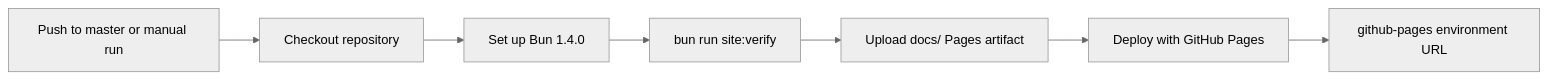
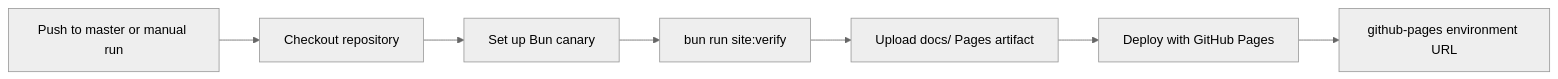
One commit to AungMyoKyaw/dhamma-echo changed the second of 2 diagrams in docs/architecture/product-site.md. Above: the diagram before and after it, drawn with Mermaid (neutral theme). The commit also changed 10 other files, not shown here.

Commit message:
fix: use Bun canary in release workflows

````diff
--- a/docs/architecture/product-site.md
+++ b/docs/architecture/product-site.md
@@ -32,9 +32,9 @@
 ```mermaid
 flowchart LR
     push[Push to master or manual run] --> checkout[Checkout repository]
-    checkout --> bun[Set up Bun 1.4.0]
+    checkout --> bun[Set up Bun canary]
     bun --> verify[bun run site:verify]
     verify --> artifact[Upload docs/ Pages artifact]
     artifact --> deploy[Deploy with GitHub Pages]
     deploy --> environment[github-pages environment URL]
 ```
````
